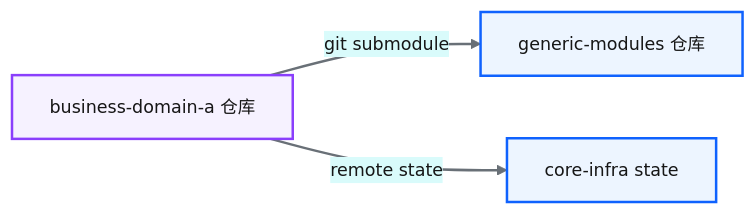
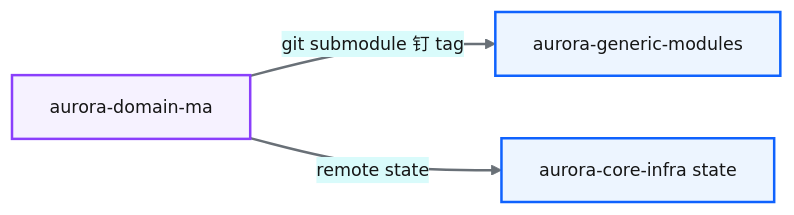
One commit to zhiweio/from-data-to-intelligence changed the fourth of 5 diagrams in docs/21-Terraform架构总览.md. Above: the diagram before and after it, drawn with Mermaid. The commit also changed other lines of this file and 69 other files, not shown here.

````diff
--- a/docs/21-Terraform架构总览.md
+++ b/docs/21-Terraform架构总览.md
@@ -148,21 +167,14 @@
 ```mermaid
 %%{init: {'theme':'base','themeVariables':{'primaryColor':'#edf5ff','primaryTextColor':'#161616','primaryBorderColor':'#0f62fe','lineColor':'#697077','secondaryColor':'#d9fbfb','tertiaryColor':'#f2f4f8','fontSize':'14px'}}}%%
 flowchart LR
- BIZ[business-domain-a 仓库] -->|git submodule|MOD[generic-modules 仓库]
- BIZ -->|remote state|CORE[core-infra state]
+ BIZ[aurora-domain-ma] -->|git submodule 钉 tag|MOD[aurora-generic-modules]
+ BIZ -->|remote state|CORE[aurora-core-infra state]
 
 classDef bpProcess fill:#edf5ff,stroke:#0f62fe,stroke-width:2px,color:#161616
-classDef bpData fill:#d9fbfb,stroke:#007d79,stroke-width:2px,color:#161616
-classDef bpDecision fill:#fcf4d6,stroke:#f1c21b,stroke-width:2px,color:#161616
-classDef bpSuccess fill:#defbe6,stroke:#198038,stroke-width:2px,color:#161616
-classDef bpError fill:#fff1f1,stroke:#da1e28,stroke-width:2px,color:#161616
-classDef bpExternal fill:#f2f4f8,stroke:#697077,stroke-width:2px,color:#161616
 classDef bpInfo fill:#f6f2ff,stroke:#8a3ffc,stroke-width:2px,color:#161616
-classDef bpGroup fill:#ffffff,stroke:#0f62fe,stroke-width:2px,color:#161616
 
-class MOD bpProcess
+class MOD,CORE bpProcess
 class BIZ bpInfo
-class CORE bpProcess
 
 linkStyle default stroke:#697077,stroke-width:2px
 ```
````
